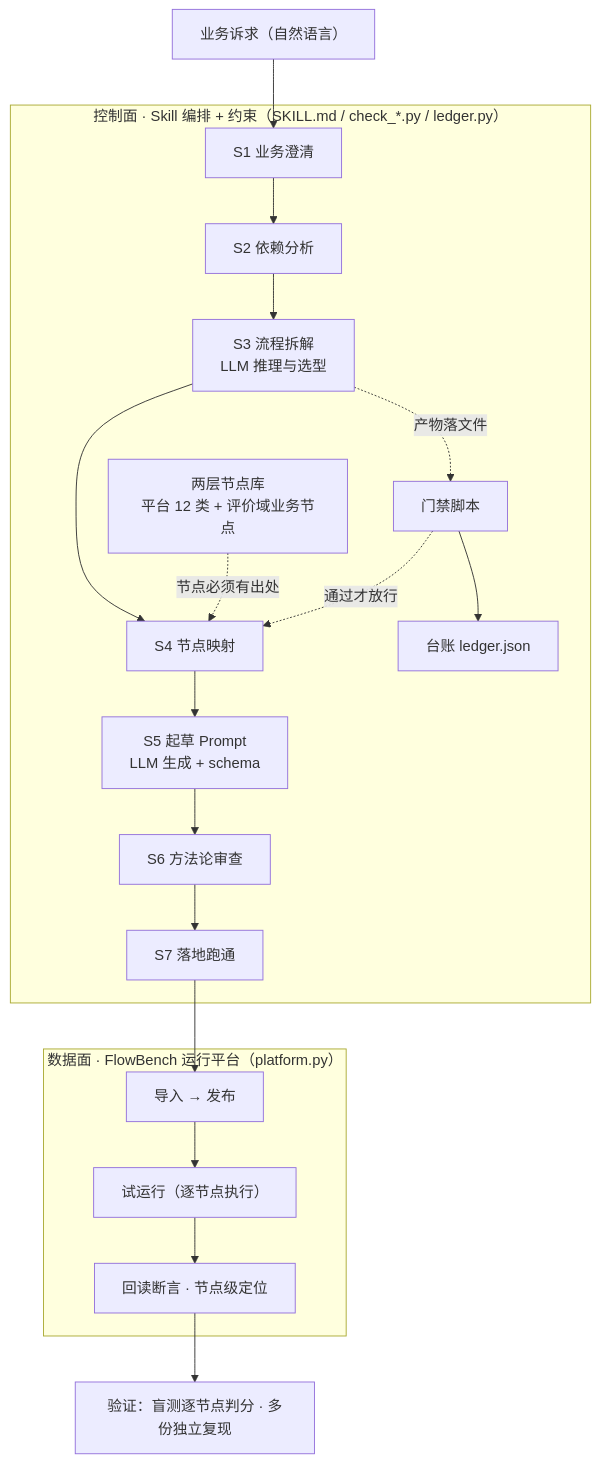
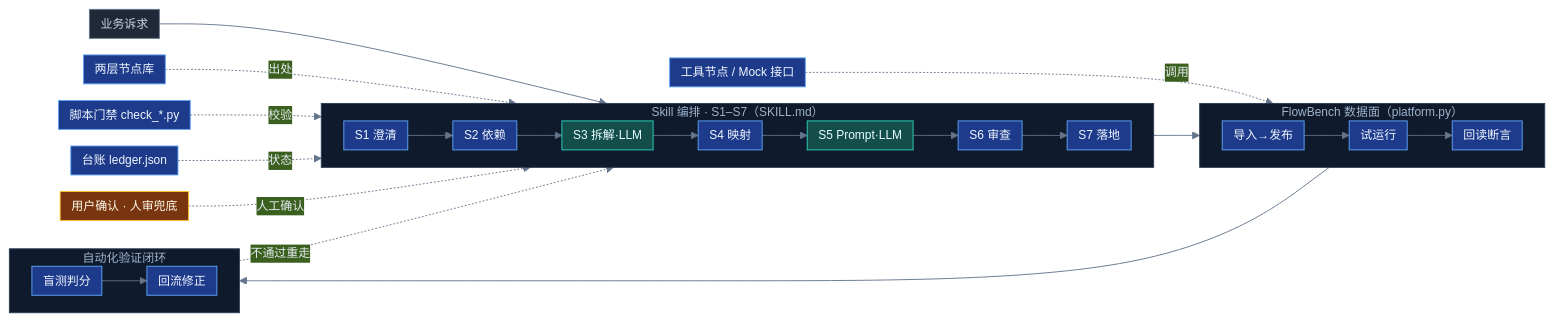
The first of 2 diagrams in README.md (mumudecrance-ship-it/ai-agent-portfolio), drawn with Mermaid before and after one commit. The commit also changed other lines of this file, not shown here.

Commit message:
重构两张架构图为横向分层图：蓝灰配色 + AI/确定性/人工三色区分

````diff
--- a/README.md
+++ b/README.md
@@ -38,21 +38,35 @@
 ```mermaid
-flowchart TB
-    REQ["业务诉求（自然语言）"] --> S1
+%%{init: {'theme': 'base', 'themeVariables': {'backgroundColor': '#0a1120', 'primaryColor': '#1e3a5f', 'primaryTextColor': '#e6edf3', 'primaryBorderColor': '#3b82f6', 'lineColor': '#64748b', 'fontSize': '13px', 'clusterBkg': '#0f1b2d', 'clusterBorder': '#2a3a55', 'titleColor': '#9fb3cc'}, 'flowchart': {'nodeSpacing': 18, 'rankSpacing': 24, 'padding': 6}}}%%
+flowchart LR
+    REQ["业务诉求"]:::in --> S1
 
-    subgraph CTRL["控制面 · Skill 编排 + 约束（SKILL.md / check_*.py / ledger.py）"]
-        S1["S1 业务澄清"] --> S2["S2 依赖分析"] --> S3["S3 流程拆解<br/>LLM 推理与选型"] --> S4["S4 节点映射"] --> S5["S5 起草 Prompt<br/>LLM 生成 + schema"] --> S6["S6 方法论审查"] --> S7["S7 落地跑通"]
-        LIB["两层节点库<br/>平台 12 类 + 评价域业务节点"] -.->|节点必须有出处| S4
-        S3 -.->|产物落文件| GATE["门禁脚本"]
-        GATE -.->|通过才放行| S4
-        GATE --> LEDGER["台账 ledger.json"]
+    subgraph SKILL["Skill 编排 · S1–S7（SKILL.md）"]
+        direction LR
+        S1["S1 澄清"]:::det --> S2["S2 依赖"]:::det --> S3["S3 拆解·LLM"]:::ai --> S4["S4 映射"]:::det --> S5["S5 Prompt·LLM"]:::ai --> S6["S6 审查"]:::det --> S7["S7 落地"]:::det
     end
 
-    subgraph DATA["数据面 · FlowBench 运行平台（platform.py）"]
-        DEPLOY["导入 → 发布"] --> RUN["试运行（逐节点执行）"] --> RB["回读断言 · 节点级定位"]
+    subgraph FLOW["FlowBench 数据面（platform.py）"]
+        direction LR
+        DEPLOY["导入→发布"]:::det --> EXEC["试运行"]:::det --> RB["回读断言"]:::det
     end
 
-    EVAL["验证：盲测逐节点判分 · 多份独立复现"]
+    subgraph LOOP["自动化验证闭环"]
+        direction LR
+        BLIND["盲测判分"]:::det --> FIX["回流修正"]:::det
+    end
+
+    LIB["两层节点库"]:::det -.->|出处| S4
+    GATE["脚本门禁 check_*.py"]:::det -.->|校验| S3
+    LEDGER["台账 ledger.json"]:::det -.->|状态| S6
+    TOOLS["工具节点 / Mock 接口"]:::det -.->|调用| EXEC
+    HUMAN["用户确认 · 人审兜底"]:::human -.->|人工确认| S2
 
     S7 --> DEPLOY
-    RB --> EVAL
+    RB --> BLIND
+    FIX -.->|不通过重走| S3
+
+    classDef in fill:#1f2937,stroke:#64748b,color:#cbd5e1;
+    classDef ai fill:#134e4a,stroke:#2dd4bf,color:#ecfeff;
+    classDef det fill:#1e3a8a,stroke:#60a5fa,color:#eff6ff;
+    classDef human fill:#78350f,stroke:#fbbf24,color:#fffbeb;
 ```
````
